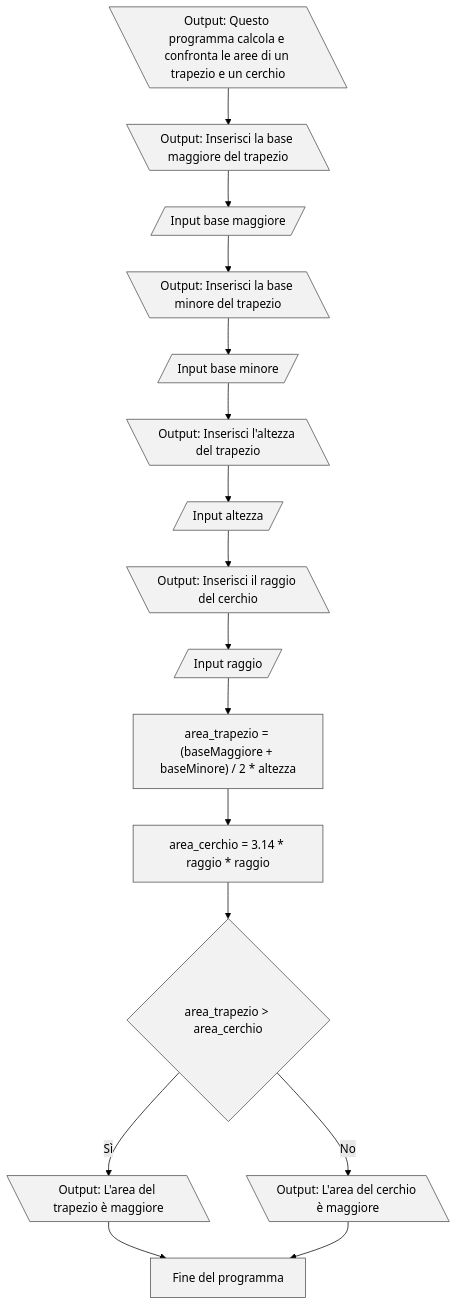
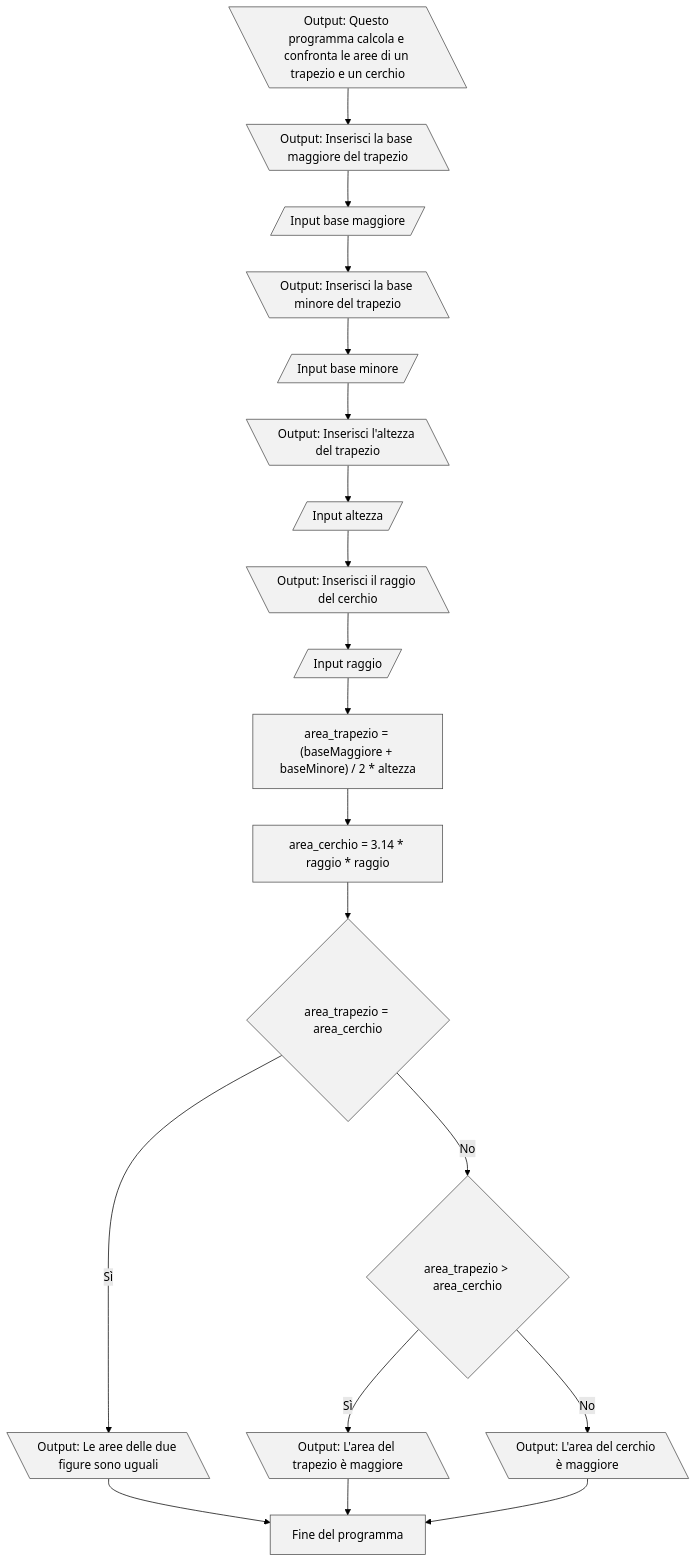
Before and after one commit to Federob/infohandouts: the seventh of 7 diagrams in docs/algocoding/01_flowgorithm.md, drawn with Mermaid (forest theme). The commit also changed other lines of this file and 2 other files, not shown here.

````diff
--- a/docs/algocoding/01_flowgorithm.md
+++ b/docs/algocoding/01_flowgorithm.md
@@ -172,25 +179,34 @@
 ```mermaid
 flowchart TD
 
     classDef startend fill:#F2F2F2,stroke:#4A4A4A,stroke-width:1,color:#000
     classDef input fill:#F2F2F2,stroke:#4A4A4A,stroke-width:1,color:#000
     classDef output fill:#F2F2F2,stroke:#4A4A4A,stroke-width:1,color:#000
     classDef assign fill:#F2F2F2,stroke:#4A4A4A,stroke-width:1,color:#000
     classDef decision fill:#F2F2F2,stroke:#4A4A4A,stroke-width:1,color:#000
 
     A[\"Output: Questo programma calcola e confronta le aree di un trapezio e un cerchio"\]:::output --> 
     B[\"Output: Inserisci la base maggiore del trapezio"\]:::output --> C[/Input base maggiore/]:::input
+
     C --> D[\"Output: Inserisci la base minore del trapezio"\]:::output --> E[/Input base minore/]:::input
+
     E --> F[\"Output: Inserisci l'altezza del trapezio"\]:::output --> G[/Input altezza/]:::input
+
     G --> H[\"Output: Inserisci il raggio del cerchio"\]:::output --> I[/Input raggio/]:::input
 
     I --> J["area_trapezio = (baseMaggiore + baseMinore) / 2 * altezza"]:::assign
     J --> K["area_cerchio = 3.14 * raggio * raggio"]:::assign
 
-    K --> L{"area_trapezio > area_cerchio"}:::decision
-    L -->|Sì| M[\"Output: L'area del trapezio è maggiore"\]:::output
-    L -->|No| N[\"Output: L'area del cerchio è maggiore"\]:::output
+    K --> L{"area_trapezio = area_cerchio"}:::decision
 
+    L -->|Sì| P[\"Output: Le aree delle due figure sono uguali"\]:::output
+
+    L -->|No| L2{"area_trapezio > area_cerchio"}:::decision
+
+    L2 -->|Sì| M[\"Output: L'area del trapezio è maggiore"\]:::output
+    L2 -->|No| N[\"Output: L'area del cerchio è maggiore"\]:::output
+
+    P --> O["Fine del programma"]:::startend
     M --> O["Fine del programma"]:::startend
     N --> O["Fine del programma"]:::startend
 ```
````
